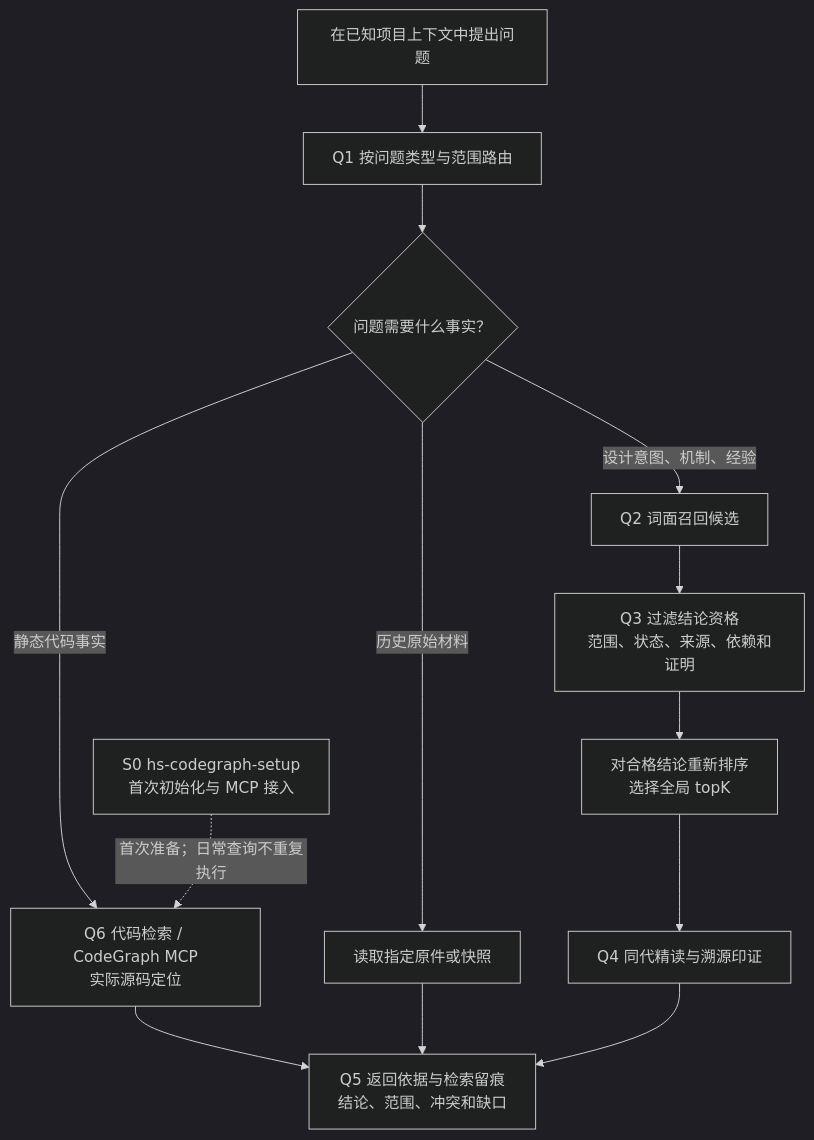
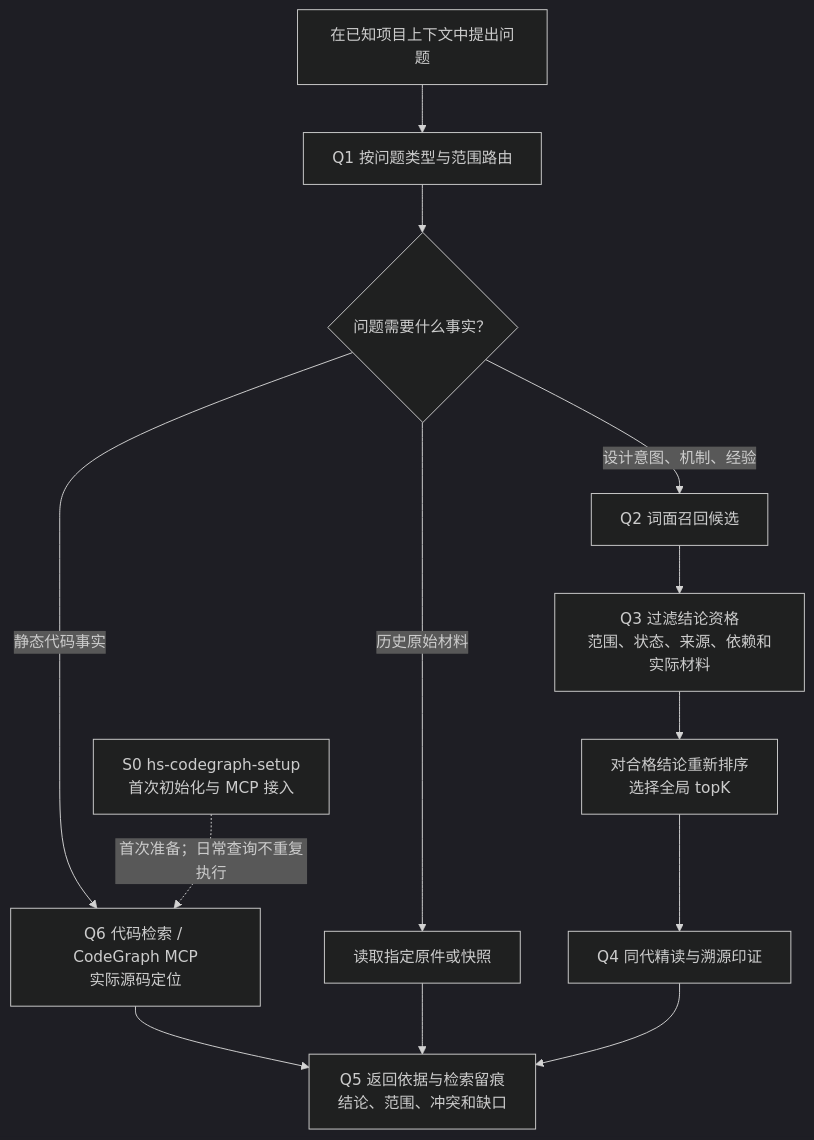
One commit to Robin-hhc/FactumCore changed the eighth of 26 diagrams in himate-knowledge-wifi-mp/docs-llm-wiki/知识库详细设计.md. Above: the diagram before and after it, drawn with Mermaid (dark theme). The commit also changed other lines of this file and 183 other files, not shown here.

````diff
--- a/himate-knowledge-wifi-mp/docs-llm-wiki/知识库详细设计.md
+++ b/himate-knowledge-wifi-mp/docs-llm-wiki/知识库详细设计.md
@@ -347,15 +347,15 @@
 ```mermaid
 flowchart TD
     U["在已知项目上下文中提出问题"] --> Q1["Q1 按问题类型与范围路由"]
     Q1 --> ROUTE{"问题需要什么事实？"}
     ROUTE -->|静态代码事实| Q6["Q6 代码检索 / CodeGraph MCP<br/>实际源码定位"]
     S0["S0 hs-codegraph-setup<br/>首次初始化与 MCP 接入"] -. "首次准备；日常查询不重复执行" .-> Q6
     ROUTE -->|历史原始材料| RAW["读取指定原件或快照"]
     ROUTE -->|设计意图、机制、经验| Q2["Q2 词面召回候选"]
-    Q2 --> Q3["Q3 过滤结论资格<br/>范围、状态、来源、依赖和证明"]
+    Q2 --> Q3["Q3 过滤结论资格<br/>范围、状态、来源、依赖和实际材料"]
     Q3 --> TOP["对合格结论重新排序<br/>选择全局 topK"]
     TOP --> Q4["Q4 同代精读与溯源印证"]
     Q6 --> Q5
     RAW --> Q5
     Q4 --> Q5["Q5 返回依据与检索留痕<br/>结论、范围、冲突和缺口"]
 ```
````
